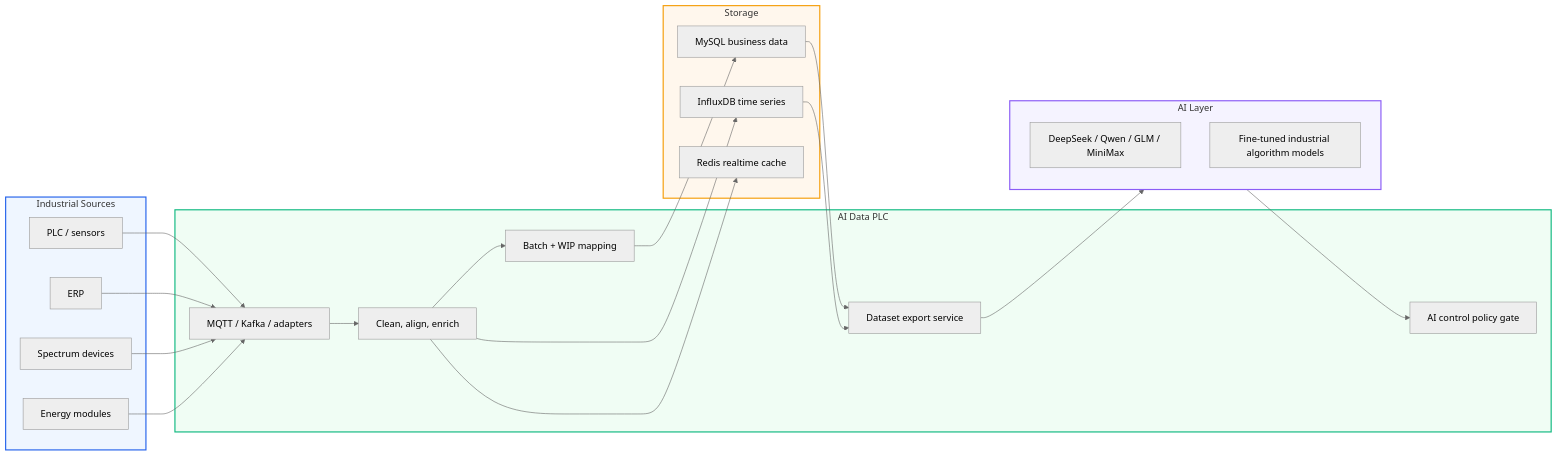
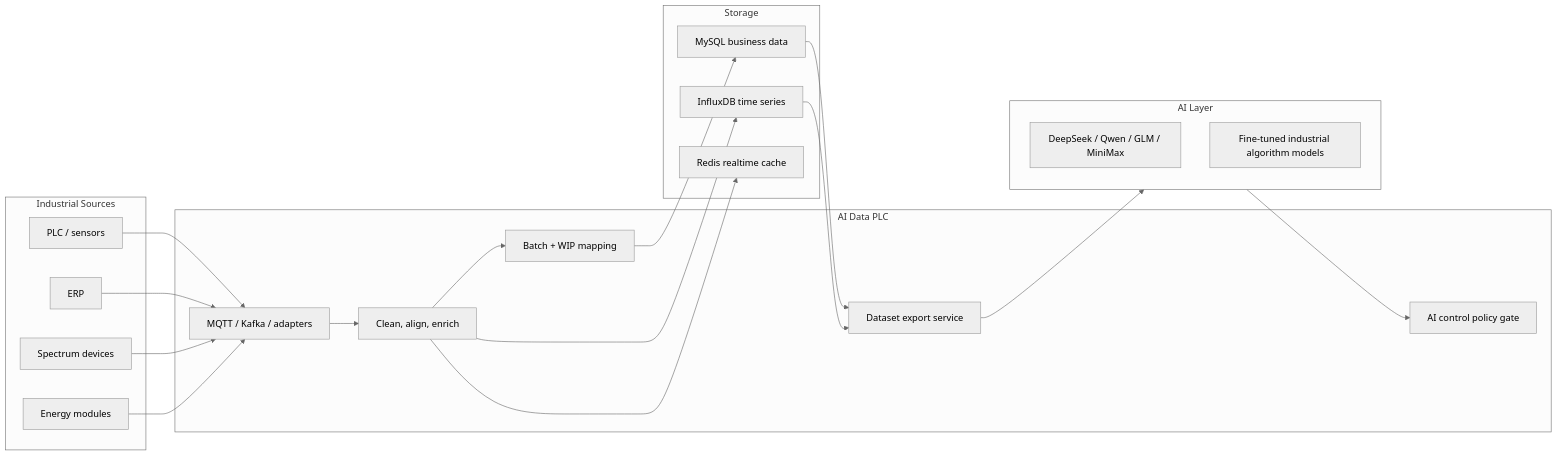
The first of 6 diagrams in README.md (SuperGokou/AI_Data_PLC), drawn with Mermaid (neutral theme) before and after one commit. The commit also changed other lines of this file, not shown here.

````diff
--- a/README.md
+++ b/README.md
@@ -153,46 +162,41 @@
 ```mermaid
 flowchart LR
     subgraph Sources["Industrial Sources"]
         PLC["PLC / sensors"]
         ERP["ERP"]
         Spectrum["Spectrum devices"]
         Energy["Energy modules"]
     end
 
     subgraph Middleware["AI Data PLC"]
         Ingest["MQTT / Kafka / adapters"]
         Governance["Clean, align, enrich"]
         WIP["Batch + WIP mapping"]
         Dataset["Dataset export service"]
         Policy["AI control policy gate"]
     end
 
     subgraph Storage["Storage"]
         MySQL["MySQL business data"]
         Influx["InfluxDB time series"]
         Redis["Redis realtime cache"]
     end
 
     subgraph AI["AI Layer"]
         LLM["DeepSeek / Qwen / GLM / MiniMax"]
         Industrial["Fine-tuned industrial algorithm models"]
     end
 
     PLC --> Ingest
     ERP --> Ingest
     Spectrum --> Ingest
     Energy --> Ingest
     Ingest --> Governance --> WIP
     WIP --> MySQL
     Governance --> Influx
     Governance --> Redis
     MySQL --> Dataset
     Influx --> Dataset
     Dataset --> AI
     AI --> Policy
-
-    style Sources fill:#EFF6FF,stroke:#2563EB,stroke-width:2px
-    style Middleware fill:#F0FDF4,stroke:#10B981,stroke-width:2px
-    style Storage fill:#FFF7ED,stroke:#F59E0B,stroke-width:2px
-    style AI fill:#F5F3FF,stroke:#8B5CF6,stroke-width:2px
 ```
````
